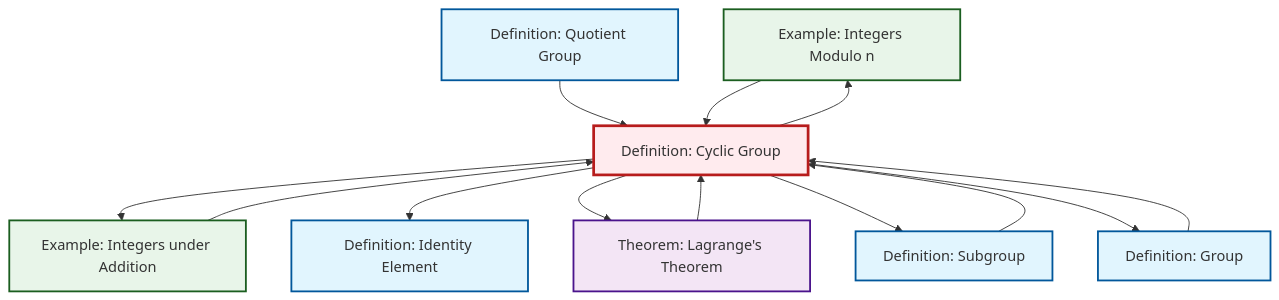
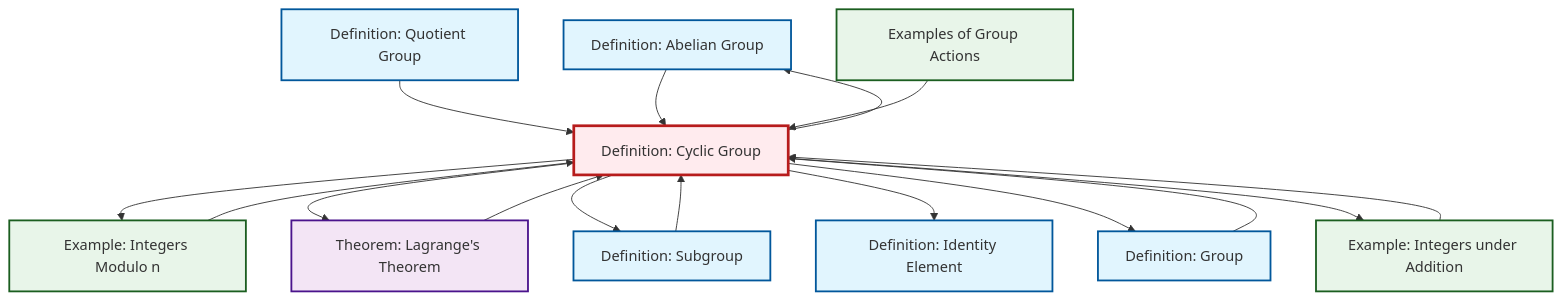
The diagram in content/en/algebra/def-cyclic-group.qmd (RK0429/ModernMath), drawn with Mermaid before and after one commit. The commit also changed 474 other files, not shown here.

First line of the commit message:
Add group action content with comprehensive cross-references

````diff
--- a/content/en/algebra/def-cyclic-group.qmd
+++ b/content/en/algebra/def-cyclic-group.qmd
@@ -88,37 +88,44 @@
 ```{mermaid}
 %%| fig-cap: "Local dependency graph"
 graph TD
     classDef definition fill:#e1f5fe,stroke:#01579b,stroke-width:2px
     classDef theorem fill:#f3e5f5,stroke:#4a148c,stroke-width:2px
     classDef axiom fill:#fff3e0,stroke:#e65100,stroke-width:2px
     classDef example fill:#e8f5e9,stroke:#1b5e20,stroke-width:2px
     classDef current fill:#ffebee,stroke:#b71c1c,stroke-width:3px
+    def-abelian-group["Definition: Abelian Group"]:::definition
+    ex-integers-addition["Example: Integers under Addition"]:::example
+    ex-group-action-examples["Examples of Group Actions"]:::example
+    def-quotient-group["Definition: Quotient Group"]:::definition
     ex-quotient-integers-mod-n["Example: Integers Modulo n"]:::example
+    def-cyclic-group["Definition: Cyclic Group"]:::definition
+    thm-lagrange["Theorem: Lagrange's Theorem"]:::theorem
+    def-identity-element["Definition: Identity Element"]:::definition
     def-group["Definition: Group"]:::definition
-    def-quotient-group["Definition: Quotient Group"]:::definition
-    ex-integers-addition["Example: Integers under Addition"]:::example
-    def-identity-element["Definition: Identity Element"]:::definition
-    thm-lagrange["Theorem: Lagrange's Theorem"]:::theorem
-    def-cyclic-group["Definition: Cyclic Group"]:::definition
     def-subgroup["Definition: Subgroup"]:::definition
-    def-group --> def-cyclic-group
-    def-quotient-group --> def-cyclic-group
     thm-lagrange --> def-cyclic-group
-    ex-quotient-integers-mod-n --> def-cyclic-group
-    def-subgroup --> def-cyclic-group
-    def-cyclic-group --> ex-integers-addition
-    def-cyclic-group --> def-identity-element
     def-cyclic-group --> ex-quotient-integers-mod-n
     def-cyclic-group --> thm-lagrange
     def-cyclic-group --> def-subgroup
+    def-quotient-group --> def-cyclic-group
+    def-group --> def-cyclic-group
+    def-cyclic-group --> def-identity-element
+    ex-quotient-integers-mod-n --> def-cyclic-group
+    def-cyclic-group --> def-abelian-group
+    def-subgroup --> def-cyclic-group
+    def-abelian-group --> def-cyclic-group
+    def-cyclic-group --> def-group
+    ex-group-action-examples --> def-cyclic-group
     ex-integers-addition --> def-cyclic-group
-    def-cyclic-group --> def-group
+    def-cyclic-group --> ex-integers-addition
     class def-cyclic-group current
+    click def-abelian-group "def-abelian-group.html" "Go to Abelian Group definition"
+    click ex-integers-addition "ex-integers-addition.html" "Go to Integers under Addition example"
+    click ex-group-action-examples "ex-group-action-examples.html" "Go to Examples of Group Actions"
+    click def-quotient-group "def-quotient-group.html" "Go to Quotient Group definition"
     click ex-quotient-integers-mod-n "ex-quotient-integers-mod-n.html" "Go to Integers Modulo n example"
+    click thm-lagrange "thm-lagrange.html" "Go to Lagrange's Theorem theorem"
+    click def-identity-element "def-identity-element.html" "Go to Identity Element definition"
     click def-group "def-group.html" "Go to Group definition"
-    click def-quotient-group "def-quotient-group.html" "Go to Quotient Group definition"
-    click ex-integers-addition "ex-integers-addition.html" "Go to Integers under Addition example"
-    click def-identity-element "def-identity-element.html" "Go to Identity Element definition"
-    click thm-lagrange "thm-lagrange.html" "Go to Lagrange's Theorem theorem"
     click def-subgroup "def-subgroup.html" "Go to Subgroup definition"
 ```
````
